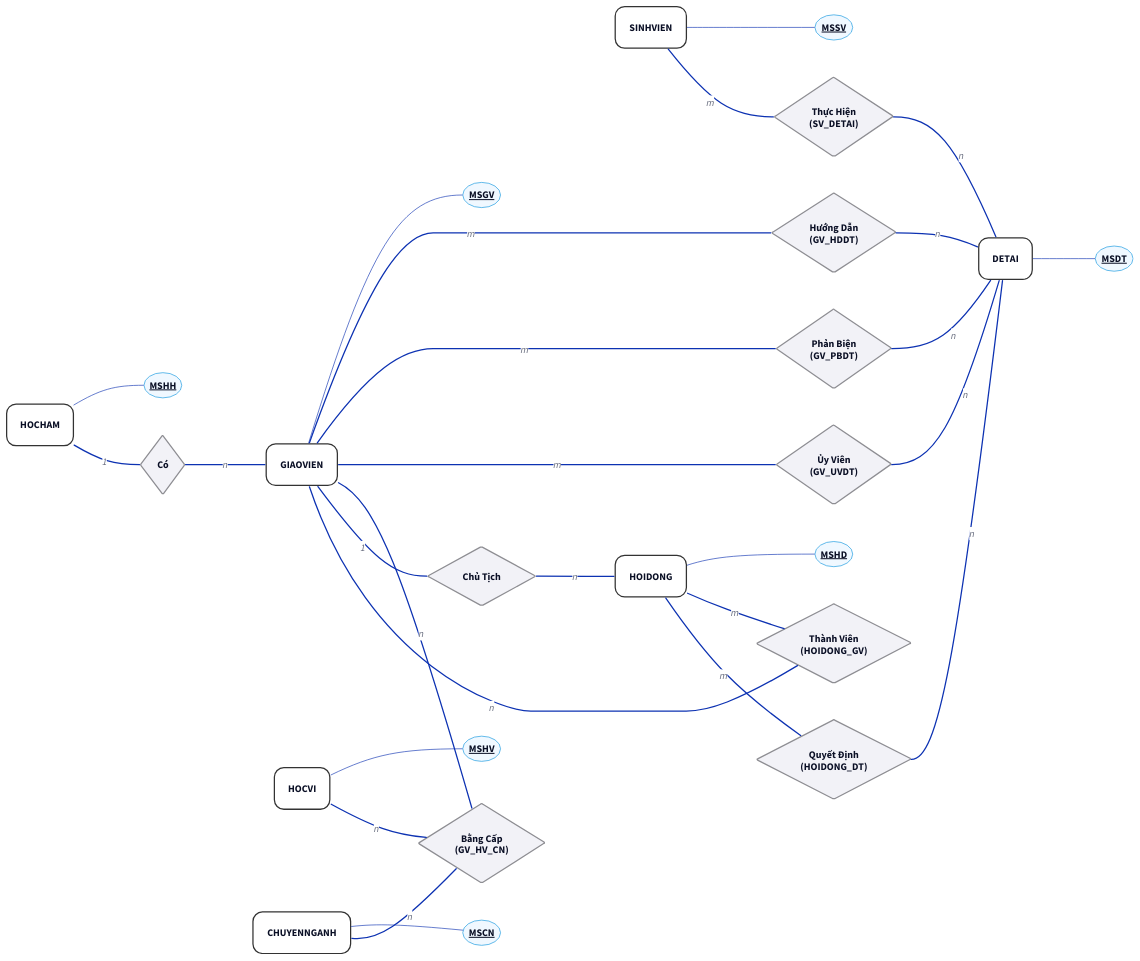
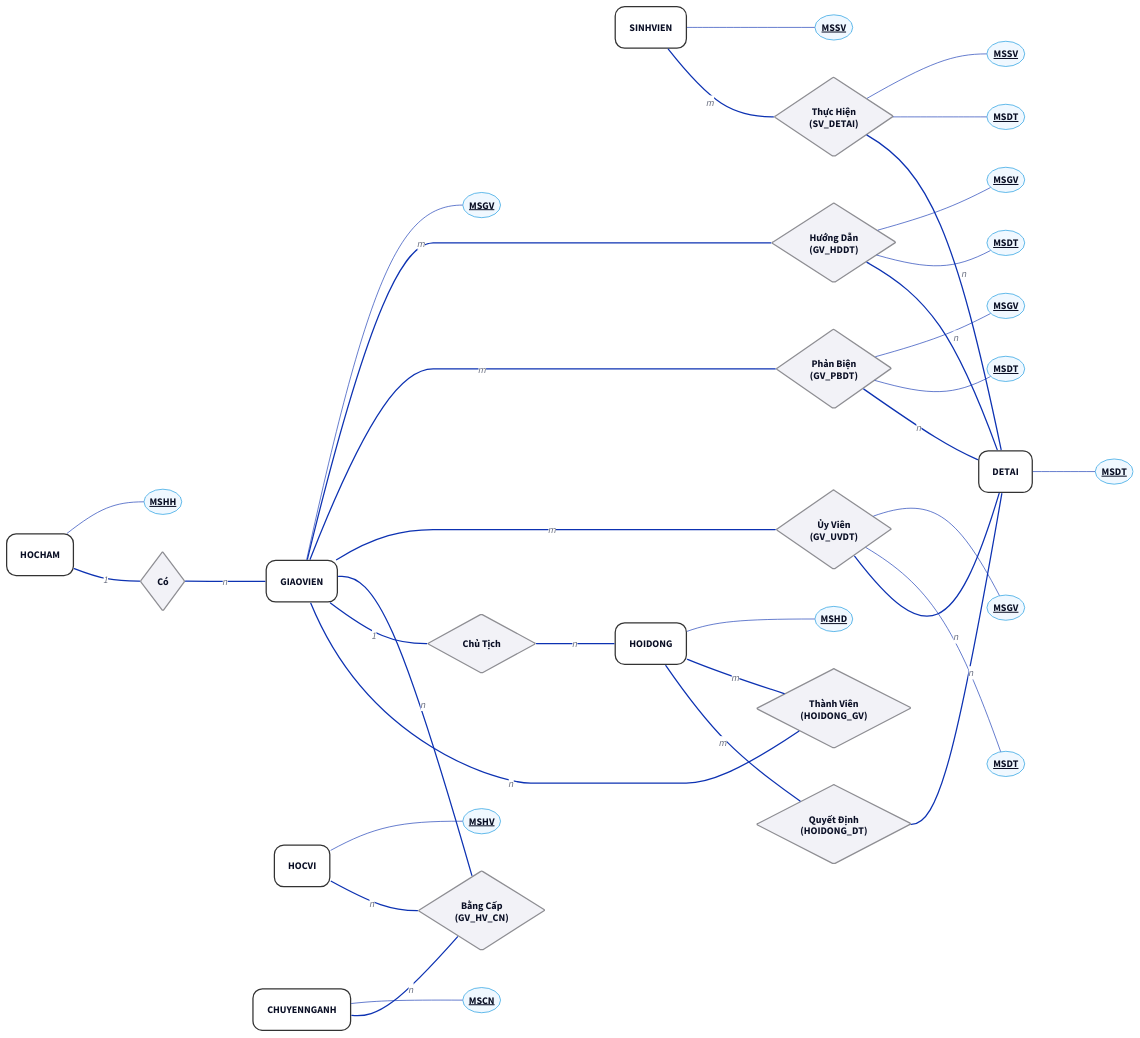
The diagram in content/diagrams/BTTH6-ER.d2 (sam-uit/typst-report-template), drawn with D2 before and after one commit.

```diff
--- a/content/diagrams/BTTH6-ER.d2
+++ b/content/diagrams/BTTH6-ER.d2
@@ -1,167 +1,191 @@
 # Template: D2
 # Author: Sam Dinh
 # Mục đích: Tạo ER Diagram Chen Notation cho BTTH2.
 # Trang nguồn: https://d2lang.com/
 # VSCode extension: Terrastruct.d2
 
 direction: right
 
 # Tiêu đề: căn góc trên-giữa
 # title: |md
 #   # BTTH2: Mô Hình Thực Thể Quan Hệ (Chen Notation)
 # | {near: top-center}
 
 # title.style: {
 #   font-size: 20
 # font: "mono"
 # }
 
 # --- 0. STYLES ---
 style: {
   # font: "mono"
   opacity: 0.0
   # fill: "#dcdcdc"
   # stroke: "orange"
   # stroke-width: 5
 }
 
 # --- 1. CSS STYLES (THEME) ---
 classes: {
   # Thực thể (Entity): Chữ nhật
   entity: {
     shape: rectangle
     style: {
       border-radius: 15
       stroke-width: 2
       fill: "#FFFFFF"
       stroke: "#333333"
     }
   }
 
   # Quan hệ (Relationship): Hình thoi
   rel: {
     shape: diamond
     style: {
       fill: "#F2F2F7"
       stroke: "#8E8E93"
       stroke-width: 2
     }
   }
 
   # Thuộc tính: Oval (chưa dùng nhiều để tránh rối)
   attr: {
     shape: oval
     width: 60
     height: 40
     style: {
       fill: "#F0F8FF"
       stroke: "#0d95de"
       stroke-width: 1
-      font-size: 20
+      # font-size: 20
     }
   }
 
   attr_pri: {
     shape: oval
     width: 60
     height: 40
     style: {
       fill: "#F0F8FF"
       stroke: "#0d95de"
       stroke-width: 1
       # font-size: 20
       underline: true
     }
   }
 }
 
 # --- 2. ENTITIES (THỰC THỂ) ---
 
 SINHVIEN: {class: entity; label: "SINHVIEN"}
 DETAI: {class: entity; label: "DETAI"}
 GIAOVIEN: {class: entity; label: "GIAOVIEN"}
 HOCHAM: {class: entity; label: "HOCHAM"}
 HOCVI: {class: entity; label: "HOCVI"}
 CHUYENNGANH: {class: entity; label: "CHUYENNGANH"}
 HOIDONG: {class: entity; label: "HOIDONG"}
 
 sinhvien_mssv: {class: attr_pri; label: "MSSV"}
 SINHVIEN -- sinhvien_mssv: {style: {stroke-width: 1}}
 
 detai_msdt: {class: attr_pri; label: "MSDT"}
 DETAI -- detai_msdt: {style: {stroke-width: 1}}
 
 giaovien_msgv: {class: attr_pri; label: "MSGV"}
 GIAOVIEN -- giaovien_msgv: {style: {stroke-width: 1}}
 
 hocham_mshh: {class: attr_pri; label: "MSHH"}
 HOCHAM -- hocham_mshh: {style: {stroke-width: 1}}
 
 hocvi_mshv: {class: attr_pri; label: "MSHV"}
 HOCVI -- hocvi_mshv: {style: {stroke-width: 1}}
 
 chuyennganh_mscn: {class: attr_pri; label: "MSCN"}
 CHUYENNGANH -- chuyennganh_mscn: {style: {stroke-width: 1}}
 
 hoidong_mshd: {class: attr_pri; label: "MSHD"}
 HOIDONG -- hoidong_mshd: {style: {stroke-width: 1}}
 
 # --- 3. RELATIONSHIPS (MỐI QUAN HỆ) ---
 
 # N-N Relationships (Explicit Tables)
 SV_DETAI: {class: rel; label: "Thực Hiện\n(SV_DETAI)"}
 GV_HDDT: {class: rel; label: "Hướng Dẫn\n(GV_HDDT)"}
 GV_PBDT: {class: rel; label: "Phản Biện\n(GV_PBDT)"}
 GV_UVDT: {class: rel; label: "Ủy Viên\n(GV_UVDT)"}
 HOIDONG_GV: {class: rel; label: "Thành Viên\n(HOIDONG_GV)"}
 HOIDONG_DT: {class: rel; label: "Quyết Định\n(HOIDONG_DT)"}
 
+sv_detai_mssv: {class: attr_pri; label: "MSSV"}
+SV_DETAI -- sv_detai_mssv: {style: {stroke-width: 1}}
+
+sv_detai_msdt: {class: attr_pri; label: "MSDT"}
+SV_DETAI -- sv_detai_msdt: {style: {stroke-width: 1}}
+
+gv_hddt_msgv: {class: attr_pri; label: "MSGV"}
+GV_HDDT -- gv_hddt_msgv: {style: {stroke-width: 1}}
+
+gv_hddt_msdt: {class: attr_pri; label: "MSDT"}
+GV_HDDT -- gv_hddt_msdt: {style: {stroke-width: 1}}
+
+gv_pbdt_msgv: {class: attr_pri; label: "MSGV"}
+GV_PBDT -- gv_pbdt_msgv: {style: {stroke-width: 1}}
+
+gv_pbdt_msdt: {class: attr_pri; label: "MSDT"}
+GV_PBDT -- gv_pbdt_msdt: {style: {stroke-width: 1}}
+
+gv_uvdt_msgv: {class: attr_pri; label: "MSGV"}
+GV_UVDT -- gv_uvdt_msgv: {style: {stroke-width: 1}}
+
+gv_uvdt_msdt: {class: attr_pri; label: "MSDT"}
+GV_UVDT -- gv_uvdt_msdt: {style: {stroke-width: 1}}
+
 # Ternary Relationship (GV_HV_CN)
 GV_HV_CN: {class: rel; label: "Bằng Cấp\n(GV_HV_CN)"}
 
 # 1-N Relationships (Logical)
 co_hoc_ham: {class: rel; label: "Có"}
 chu_tich: {class: rel; label: "Chủ Tịch"}
 
 # --- 4. CONNECTIONS (CARDINALITY) ---
 
 # --- Sinh Viên & Đề Tài ---
 # N-N: SV - DeTai
 SINHVIEN -- SV_DETAI: m
 SV_DETAI -- DETAI: n
 
 # --- Giáo Viên & Đề Tài (Vai trò) ---
 # N-N: GV Huong Dan DT
 GIAOVIEN -- GV_HDDT: m
 GV_HDDT -- DETAI: n
 
 # N-N: GV Phan Bien DT
 GIAOVIEN -- GV_PBDT: m
 GV_PBDT -- DETAI: n
 
 # N-N: GV Uy Vien DT
 GIAOVIEN -- GV_UVDT: m
 GV_UVDT -- DETAI: n
 
 # --- Giáo Viên & Học Hàm / Học Vị / Chuyên Ngành ---
 # 1-N: Giao Vien - Hoc Ham (Giao vien thuoc 1 Hoc ham)
 HOCHAM -- co_hoc_ham: 1
 co_hoc_ham -- GIAOVIEN: n
 
 # Ternary N-N-N: GV - HV - CN
 GIAOVIEN -- GV_HV_CN: n
 HOCVI -- GV_HV_CN: n
 CHUYENNGANH -- GV_HV_CN: n
 
 # --- Hội Đồng ---
 # 1-N: Giao Vien lam Chu Tich HD
 GIAOVIEN -- chu_tich: 1
 chu_tich -- HOIDONG: n
 
 # N-N: Thanh vien Hoi Dong (Giao vien tham gia HD)
 HOIDONG -- HOIDONG_GV: m
 HOIDONG_GV -- GIAOVIEN: n
 
 # N-N: Hoi Dong cham De Tai (Quyet Dinh)
 HOIDONG -- HOIDONG_DT: m
 HOIDONG_DT -- DETAI: n
```
